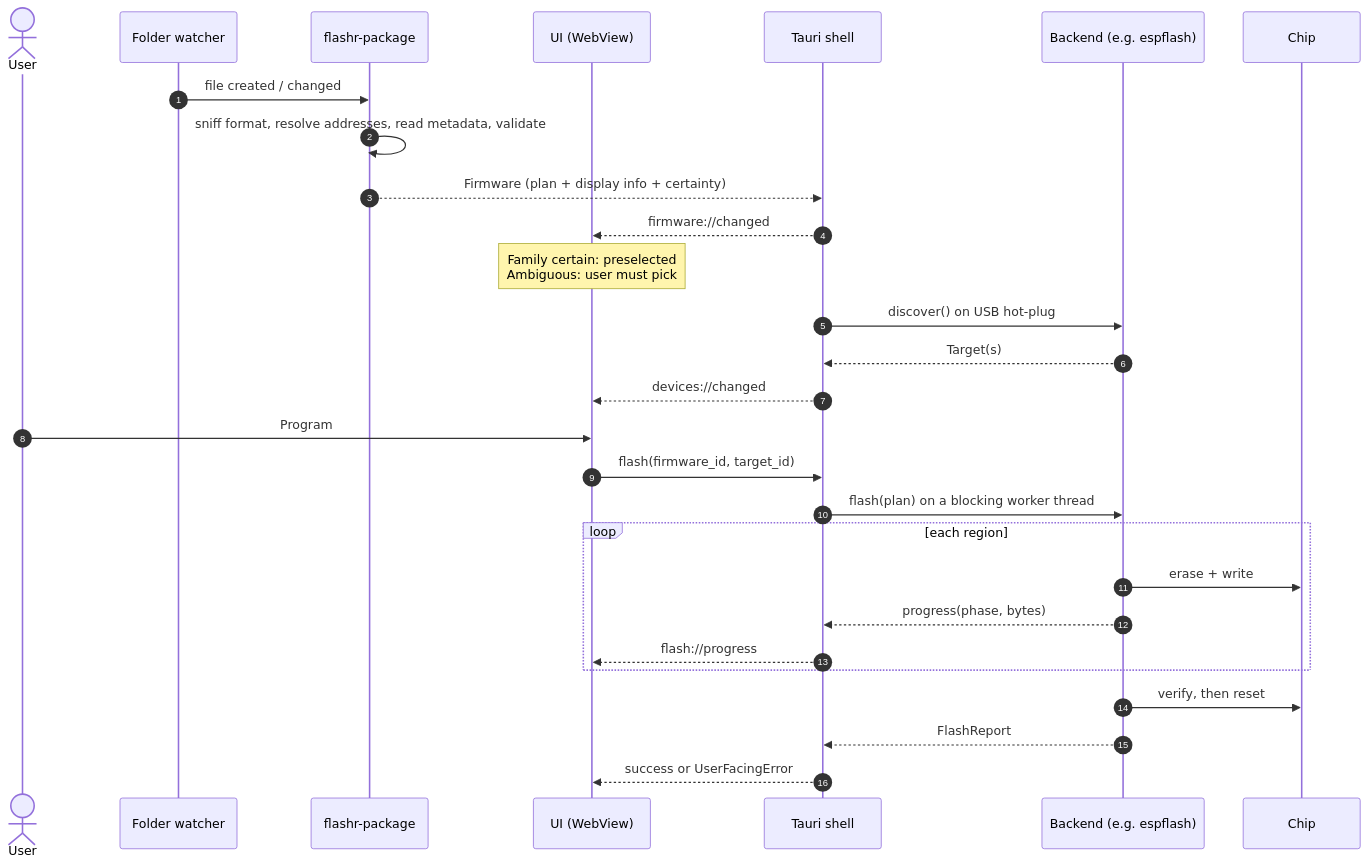
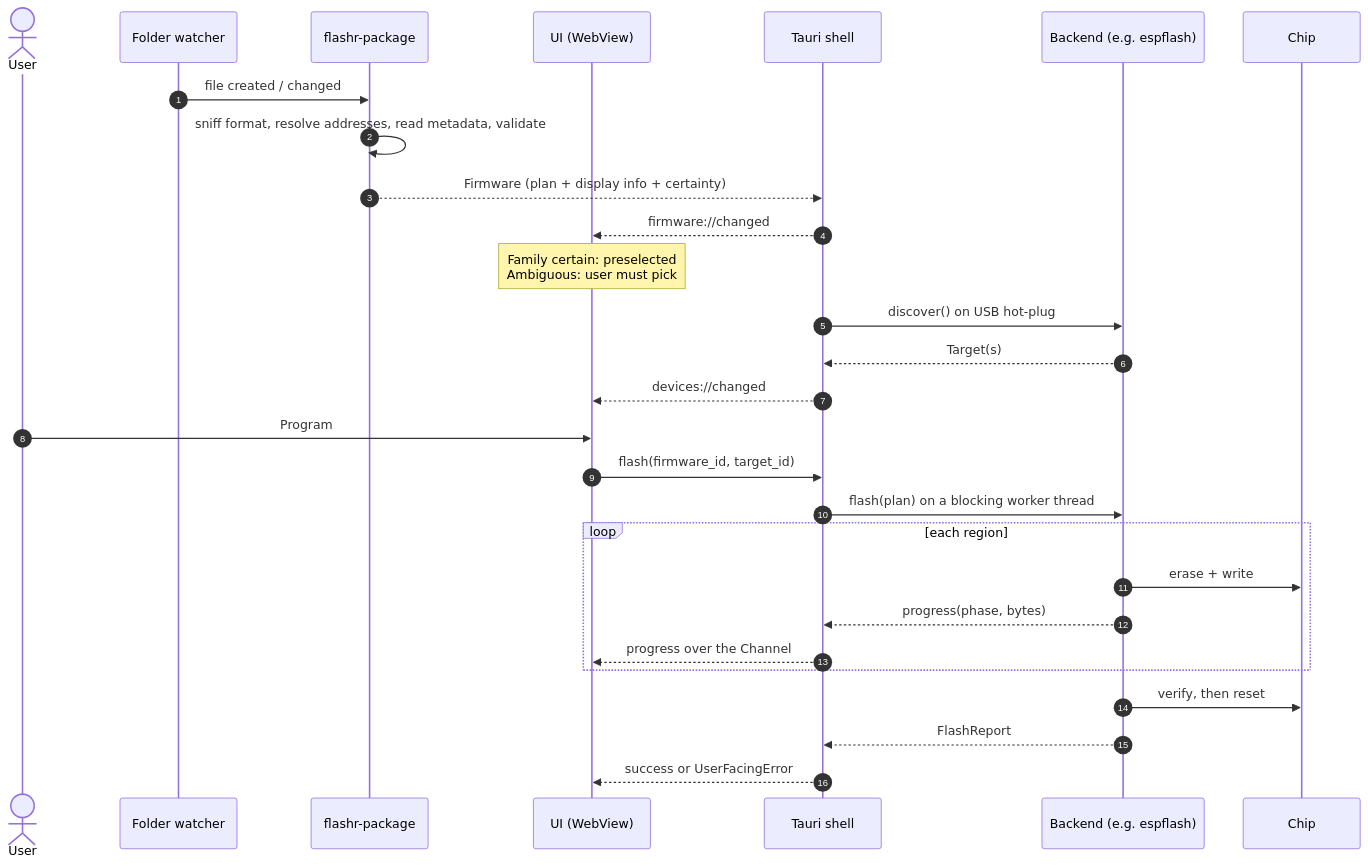
Before and after one commit to loutrx/chip-flashr: the third of 5 diagrams in docs/architecture.md, drawn with Mermaid. The commit also changed other lines of this file and 3 other files, not shown here.

````diff
--- a/docs/architecture.md
+++ b/docs/architecture.md
@@ -162,31 +159,31 @@
 ```mermaid
 sequenceDiagram
     autonumber
     actor U as User
     participant W as Folder watcher
     participant P as flashr-package
     participant UI as UI (WebView)
     participant S as Tauri shell
     participant B as Backend (e.g. espflash)
     participant C as Chip
 
     W->>P: file created / changed
     P->>P: sniff format, resolve addresses, read metadata, validate
     P-->>S: Firmware (plan + display info + certainty)
     S-->>UI: firmware://changed
     Note over UI: Family certain: preselected<br/>Ambiguous: user must pick
     S->>B: discover() on USB hot-plug
     B-->>S: Target(s)
     S-->>UI: devices://changed
     U->>UI: Program
     UI->>S: flash(firmware_id, target_id)
     S->>B: flash(plan) on a blocking worker thread
     loop each region
         B->>C: erase + write
         B-->>S: progress(phase, bytes)
-        S-->>UI: flash://progress
+        S-->>UI: progress over the Channel
     end
     B->>C: verify, then reset
     B-->>S: FlashReport
     S-->>UI: success or UserFacingError
 ```
````
